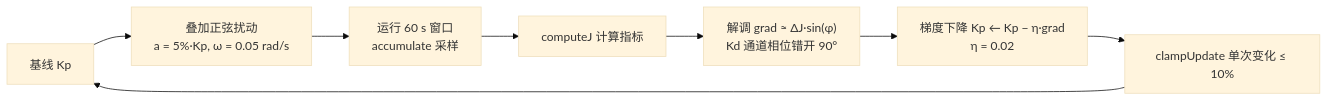
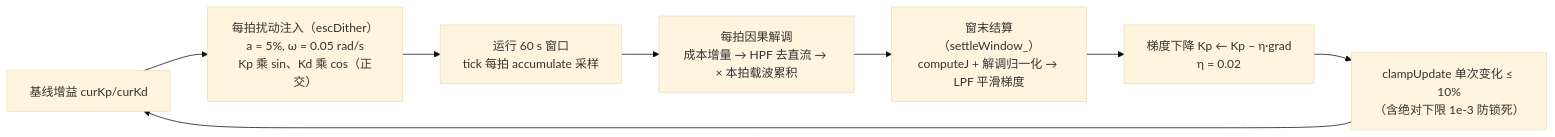
One commit to jimaka/auto_rudder changed the tenth of 22 diagrams in control/控制算法开发文档.md. Above: the diagram before and after it, drawn with Mermaid (base theme). The commit also changed other lines of this file and 15 other files, not shown here.

````diff
--- a/control/控制算法开发文档.md
+++ b/control/控制算法开发文档.md
@@ -574,10 +593,10 @@
 ```mermaid
 graph LR
-    BASE["基线 Kp"] --> PERT["叠加正弦扰动<br/>a = 5%·Kp, ω = 0.05 rad/s"]
-    PERT --> RUN["运行 60 s 窗口<br/>accumulate 采样"]
-    RUN --> JCALC["computeJ 计算指标"]
-    JCALC --> DEMOD["解调 grad ≈ ΔJ·sin(φ)<br/>Kd 通道相位错开 90°"]
-    DEMOD --> STEP["梯度下降 Kp ← Kp − η·grad<br/>η = 0.02"]
-    STEP --> CLAMP["clampUpdate 单次变化 ≤ 10%"]
+    BASE["基线增益 curKp/curKd"] --> PERT["每拍扰动注入（escDither）<br/>a = 5%, ω = 0.05 rad/s<br/>Kp 乘 sin、Kd 乘 cos（正交）"]
+    PERT --> RUN["运行 60 s 窗口<br/>tick 每拍 accumulate 采样"]
+    RUN --> DEMOD["每拍因果解调<br/>成本增量 → HPF 去直流 → × 本拍载波累积"]
+    DEMOD --> JCALC["窗末结算（settleWindow_）<br/>computeJ + 解调归一化 → LPF 平滑梯度"]
+    JCALC --> STEP["梯度下降 Kp ← Kp − η·grad<br/>η = 0.02"]
+    STEP --> CLAMP["clampUpdate 单次变化 ≤ 10%<br/>（含绝对下限 1e-3 防锁死）"]
     CLAMP --> BASE
 ```
````
